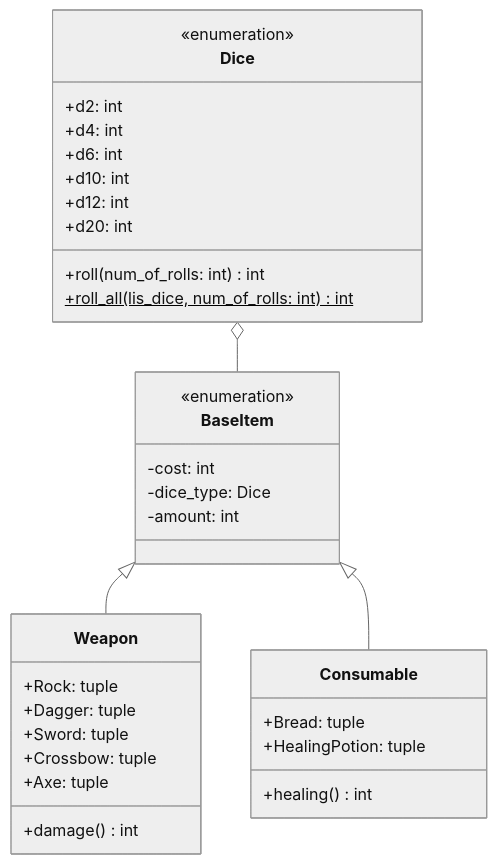
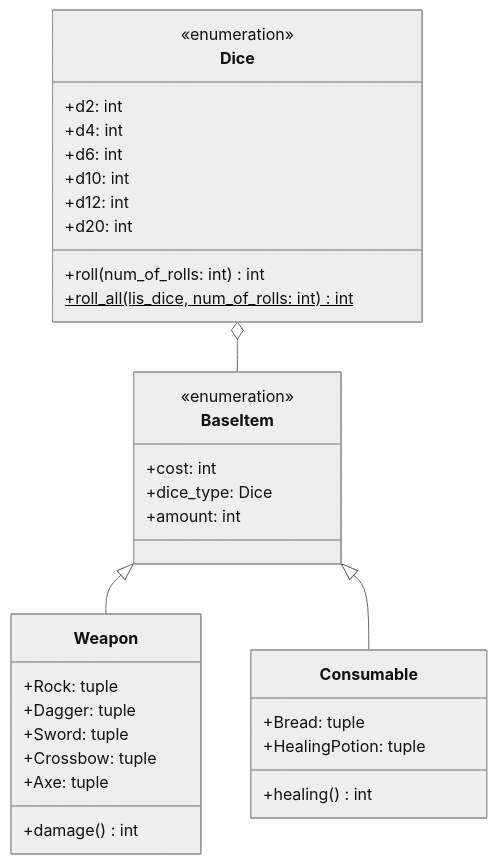
The diagram in Diagrams/items.md (Flame753/ARPG), drawn with Mermaid (neutral theme) before and after one commit.

Commit message:
Reformated

````diff
--- a/Diagrams/items.md
+++ b/Diagrams/items.md
@@ -1,40 +1,40 @@
 ```mermaid
-    classDiagram
-        class Dice{
-            <<enumeration>>
-            +d2: int
-            +d4: int
-            +d6: int
-            +d10: int
-            +d12: int
-            +d20: int
-            +roll(num_of_rolls: int) int
-            +roll_all(lis_dice, num_of_rolls: int)$ int
-        }
+classDiagram
+    class Dice{
+        <<enumeration>>
+        +d2: int
+        +d4: int
+        +d6: int
+        +d10: int
+        +d12: int
+        +d20: int
+        +roll(num_of_rolls: int) int
+        +roll_all(lis_dice, num_of_rolls: int)$ int
+    }
 
-        class BaseItem{
-            <<enumeration>>
-            -cost: int
-            -dice_type: Dice
-            -amount: int
-        }
+    class BaseItem{
+        <<enumeration>>
+        +cost: int
+        +dice_type: Dice
+        +amount: int
+    }
 
-        class Weapon{
-            +Rock: tuple
-            +Dagger: tuple
-            +Sword: tuple
-            +Crossbow: tuple
-            +Axe: tuple
-            +damage() int
-        }
+    class Weapon{
+        +Rock: tuple
+        +Dagger: tuple
+        +Sword: tuple
+        +Crossbow: tuple
+        +Axe: tuple
+        +damage() int
+    }
 
-        class Consumable{
-            +Bread: tuple
-            +HealingPotion: tuple
-            +healing() int
-        }
+    class Consumable{
+        +Bread: tuple
+        +HealingPotion: tuple
+        +healing() int
+    }
 
-        Dice o-- BaseItem
-        BaseItem <|-- Weapon
-        BaseItem <|-- Consumable
+    Dice o-- BaseItem
+    BaseItem <|-- Weapon
+    BaseItem <|-- Consumable
 ```
````
